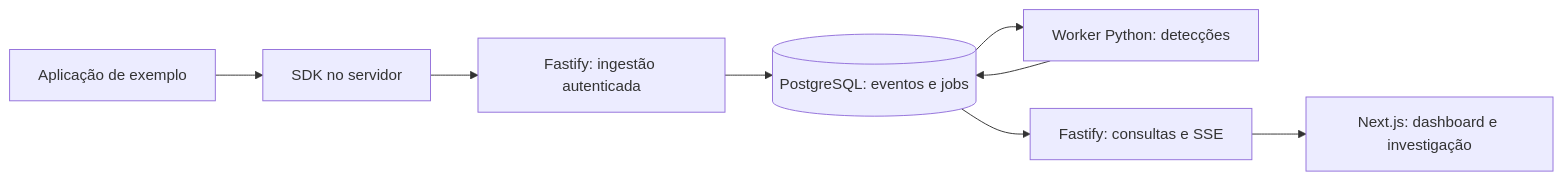
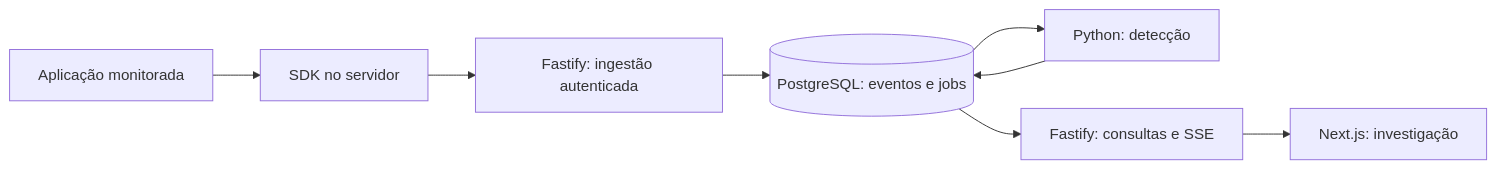
The diagram in README.md (samuelsce/Sentinel), drawn with Mermaid before and after one commit. The commit also changed other lines of this file and 7 other files, not shown here.

````diff
--- a/README.md
+++ b/README.md
@@ -37,10 +104,10 @@
 ```mermaid
 flowchart LR
-  Demo[Aplicação de exemplo] --> SDK[SDK no servidor]
+  Demo[Aplicação monitorada] --> SDK[SDK no servidor]
   SDK --> API[Fastify: ingestão autenticada]
   API --> DB[(PostgreSQL: eventos e jobs)]
-  DB --> Worker[Worker Python: detecções]
+  DB --> Worker[Python: detecção]
   Worker --> DB
   DB --> Query[Fastify: consultas e SSE]
-  Query --> Web[Next.js: dashboard e investigação]
+  Query --> Web[Next.js: investigação]
 ```
````
